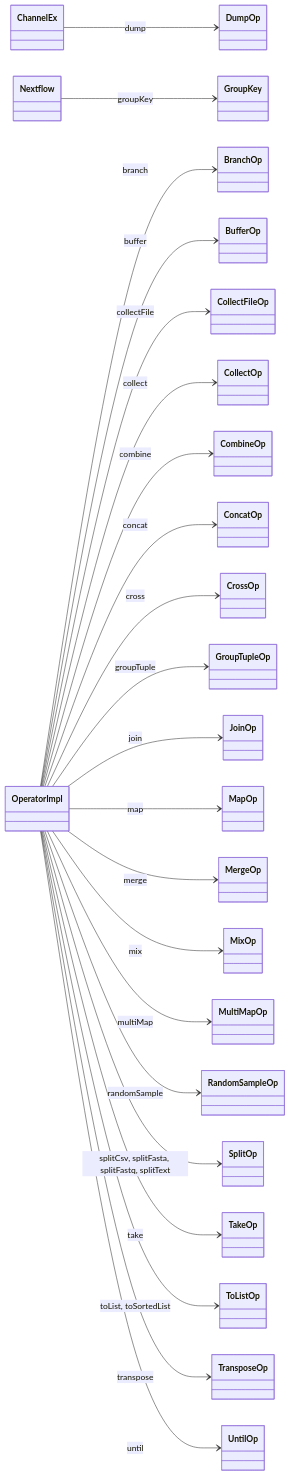
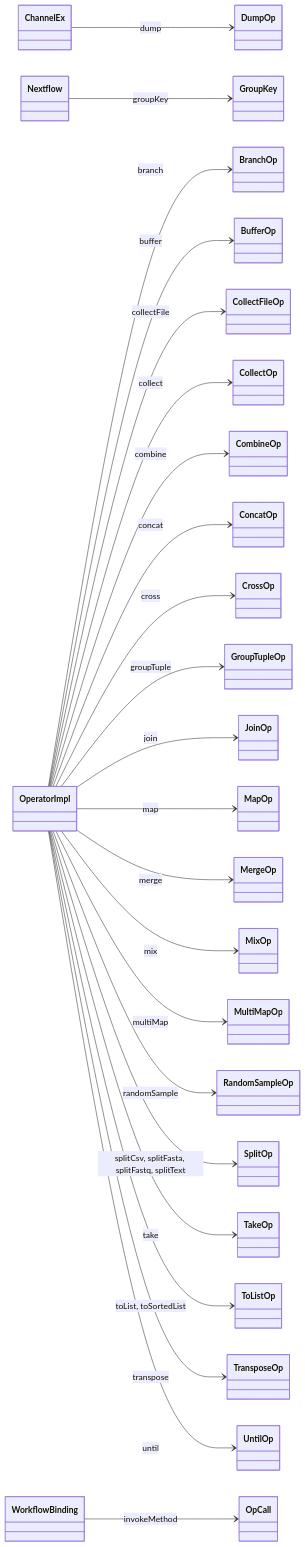
The diagram in docs/developer/diagrams/nextflow.extension.mmd (nextflow-io/nextflow), drawn with Mermaid before and after one commit. The commit also changed 16 other files, not shown here.

Commit message:
Update developer diagrams

```diff
--- a/docs/developer/diagrams/nextflow.extension.mmd
+++ b/docs/developer/diagrams/nextflow.extension.mmd
@@ -1,28 +1,30 @@
 classDiagram
     %%
     %% nextflow.extension
     %%
     direction LR
 
     ChannelEx --> DumpOp : dump
     Nextflow --> GroupKey : groupKey
 
     OperatorImpl --> BranchOp : branch
     OperatorImpl --> BufferOp : buffer
     OperatorImpl --> CollectFileOp : collectFile
     OperatorImpl --> CollectOp : collect
     OperatorImpl --> CombineOp : combine
     OperatorImpl --> ConcatOp : concat
     OperatorImpl --> CrossOp : cross
     OperatorImpl --> GroupTupleOp : groupTuple
     OperatorImpl --> JoinOp : join
     OperatorImpl --> MapOp : map
     OperatorImpl --> MergeOp : merge
     OperatorImpl --> MixOp : mix
     OperatorImpl --> MultiMapOp : multiMap
     OperatorImpl --> RandomSampleOp : randomSample
     OperatorImpl --> SplitOp : splitCsv, splitFasta, splitFastq, splitText
     OperatorImpl --> TakeOp : take
     OperatorImpl --> ToListOp : toList, toSortedList
     OperatorImpl --> TransposeOp : transpose
     OperatorImpl --> UntilOp : until
+
+    WorkflowBinding --> OpCall : invokeMethod
```
